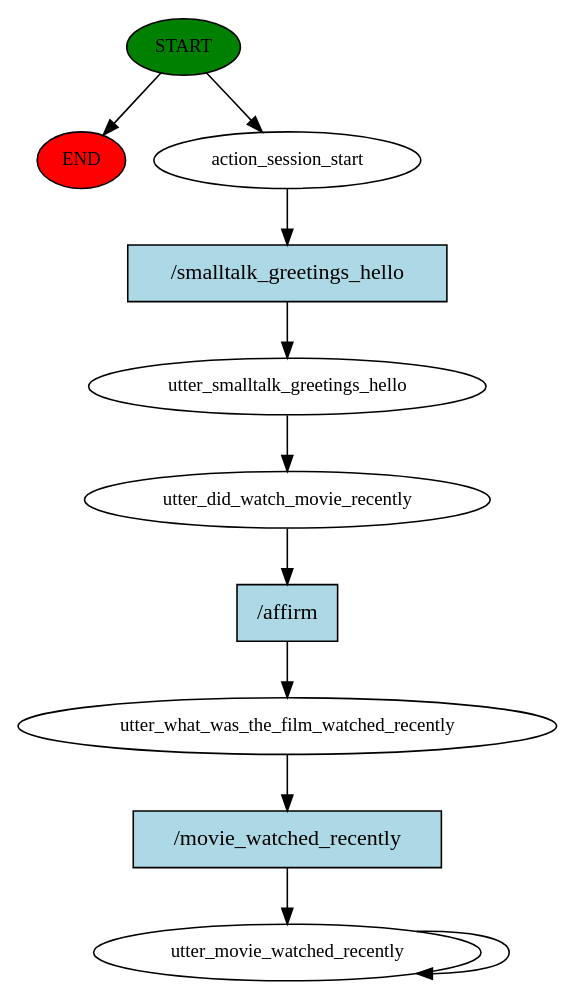
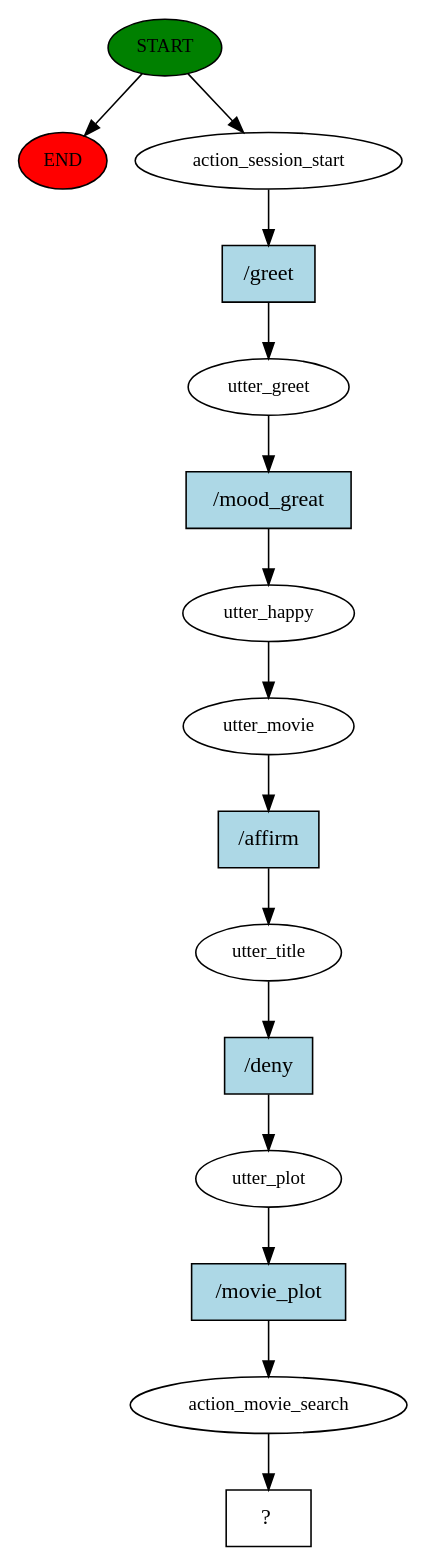
Before and after one commit to taredalen/pde-data-science: the diagram in chatbot/story_graph.dot, drawn with Graphviz. The commit also changed 25 other files, not shown here.

```diff
--- a/chatbot/story_graph.dot
+++ b/chatbot/story_graph.dot
@@ -1,22 +1,31 @@
 digraph  {
 0 [class="start active", fillcolor=green, fontsize=12, label=START, style=filled];
 "-1" [class=end, fillcolor=red, fontsize=12, label=END, style=filled];
 1 [class=active, fontsize=12, label=action_session_start];
-2 [class=active, fontsize=12, label=utter_smalltalk_greetings_hello];
-3 [class=active, fontsize=12, label=utter_did_watch_movie_recently];
-4 [class=active, fontsize=12, label=utter_what_was_the_film_watched_recently];
-5 [class="active dashed", fontsize=12, label=utter_movie_watched_recently];
-7 [class="intent active", fillcolor=lightblue, label="/smalltalk_greetings_hello", shape=rect, style=filled];
-8 [class="intent active", fillcolor=lightblue, label="/affirm", shape=rect, style=filled];
-9 [class="intent active", fillcolor=lightblue, label="/movie_watched_recently", shape=rect, style=filled];
+2 [class=active, fontsize=12, label=utter_greet];
+3 [class=active, fontsize=12, label=utter_happy];
+4 [class=active, fontsize=12, label=utter_movie];
+5 [class=active, fontsize=12, label=utter_title];
+6 [class=active, fontsize=12, label=utter_plot];
+7 [class=active, fontsize=12, label=action_movie_search];
+8 [class="intent dashed active", label="  ?  ", shape=rect];
+9 [class="intent active", fillcolor=lightblue, label="/greet", shape=rect, style=filled];
+10 [class="intent active", fillcolor=lightblue, label="/mood_great", shape=rect, style=filled];
+11 [class="intent active", fillcolor=lightblue, label="/affirm", shape=rect, style=filled];
+12 [class="intent active", fillcolor=lightblue, label="/deny", shape=rect, style=filled];
+13 [class="intent active", fillcolor=lightblue, label="/movie_plot", shape=rect, style=filled];
 0 -> "-1"  [class="", key=NONE, label=""];
 0 -> 1  [class=active, key=NONE, label=""];
-1 -> 7  [class=active, key=0];
-2 -> 3  [class=active, key=NONE, label=""];
-3 -> 8  [class=active, key=0];
-4 -> 9  [class=active, key=0];
-5 -> 5  [class=active, key=NONE, label=""];
-7 -> 2  [class=active, key=0];
-8 -> 4  [class=active, key=0];
-9 -> 5  [class=active, key=0];
+1 -> 9  [class=active, key=0];
+2 -> 10  [class=active, key=0];
+3 -> 4  [class=active, key=NONE, label=""];
+4 -> 11  [class=active, key=0];
+5 -> 12  [class=active, key=0];
+6 -> 13  [class=active, key=0];
+7 -> 8  [class=active, key=NONE, label=""];
+9 -> 2  [class=active, key=0];
+10 -> 3  [class=active, key=0];
+11 -> 5  [class=active, key=0];
+12 -> 6  [class=active, key=0];
+13 -> 7  [class=active, key=0];
 }
```
